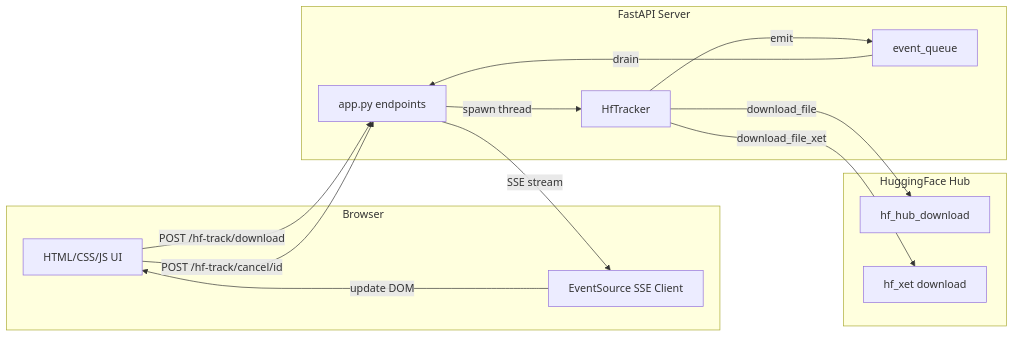
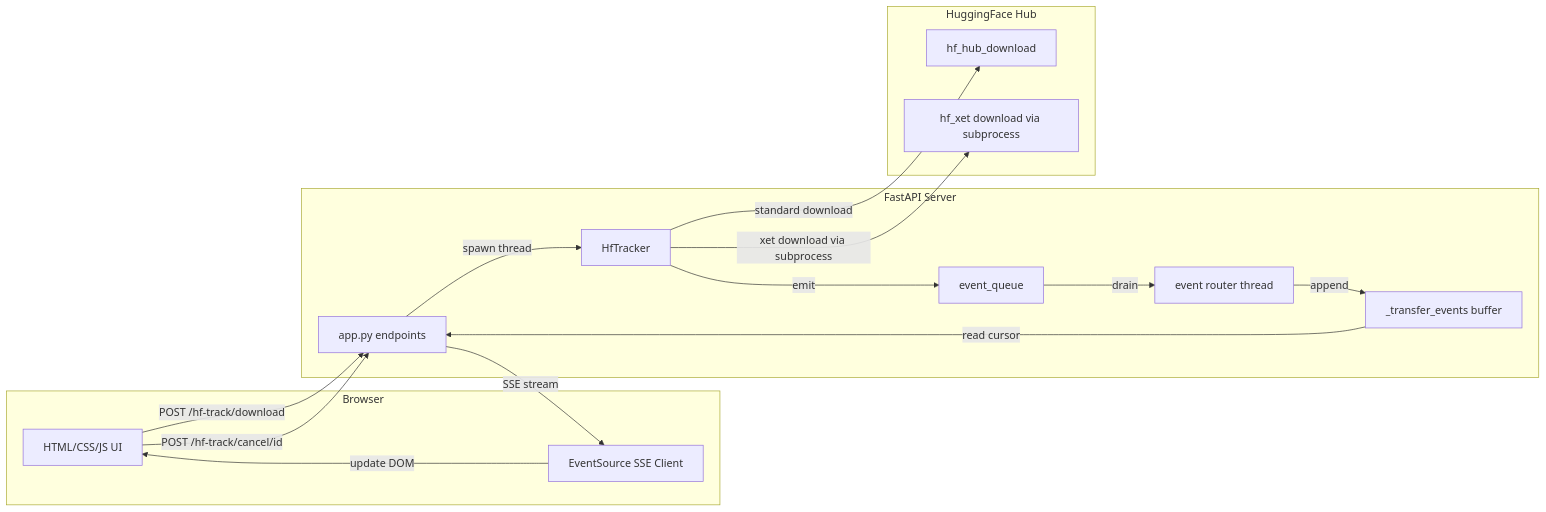
Before and after one commit to wildminder/hf-track: the diagram in hf_track/examples/web_app/README.md, drawn with Mermaid. The commit also changed other lines of this file and 10 other files, not shown here.

Commit message:
fix(web-app): fix bugs, implement xet toggle, add per-transfer SSE buffering

````diff
--- a/hf_track/examples/web_app/README.md
+++ b/hf_track/examples/web_app/README.md
@@ -20,28 +20,32 @@
 ```mermaid
 graph LR
     subgraph Browser
         UI[HTML/CSS/JS UI]
         ES[EventSource SSE Client]
     end
 
     subgraph FastAPI Server
-    APP[app.py endpoints]
-    TRK[HfTracker]
-    Q[event_queue]
+        APP[app.py endpoints]
+        TRK[HfTracker]
+        Q[event_queue]
+        BUF[_transfer_events buffer]
+        RTR[event router thread]
     end
 
     subgraph HuggingFace Hub
-    HF[hf_hub_download]
-    XET[hf_xet download]
+        HF[hf_hub_download]
+        XET[hf_xet download via subprocess]
     end
 
     UI -->|POST /hf-track/download| APP
     UI -->|POST /hf-track/cancel/id| APP
     APP -->|spawn thread| TRK
     TRK -->|emit| Q
-    Q -->|drain| APP
+    Q -->|drain| RTR
+    RTR -->|append| BUF
+    BUF -->|read cursor| APP
     APP -->|SSE stream| ES
     ES -->|update DOM| UI
-    TRK -->|download_file| HF
-    TRK -->|download_file_xet| XET
+    TRK -->|standard download| HF
+    TRK -->|xet download via subprocess| XET
 ```
````
